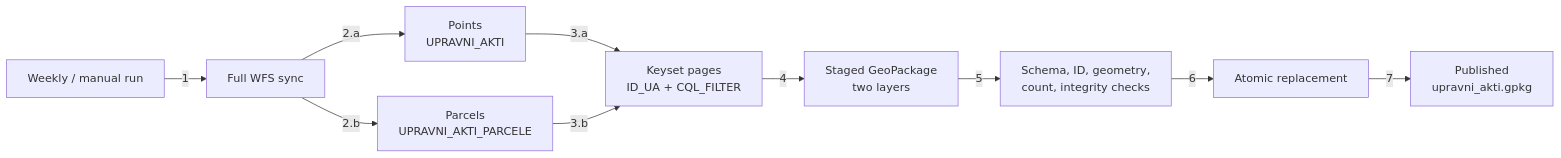
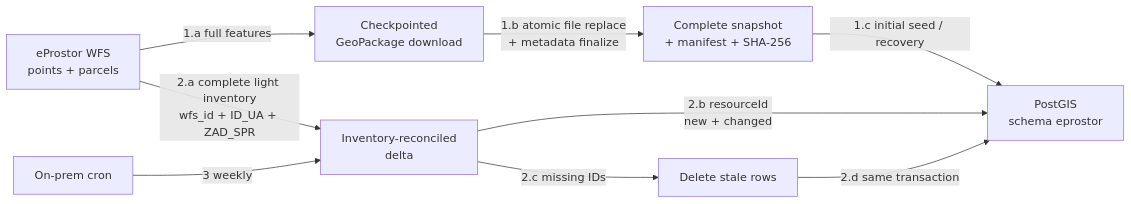
Before and after one commit to MatevzVidovic/on_the_fly: the diagram in JSPIS_WFS/Agents/DevDocs/wfs-sync/general_idea.md, drawn with Mermaid. The commit also changed other lines of this file and 20 other files, not shown here.

````diff
--- a/JSPIS_WFS/Agents/DevDocs/wfs-sync/general_idea.md
+++ b/JSPIS_WFS/Agents/DevDocs/wfs-sync/general_idea.md
@@ -7,12 +7,15 @@
 ```mermaid
 flowchart LR
-    A["Weekly / manual run"] -->|"1"| B["Full WFS sync"]
-    B -->|"2.a"| C["Points<br/>UPRAVNI_AKTI"]
-    B -->|"2.b"| D["Parcels<br/>UPRAVNI_AKTI_PARCELE"]
-    C -->|"3.a"| E["Keyset pages<br/>ID_UA + CQL_FILTER"]
-    D -->|"3.b"| E
-    E -->|"4"| F["Staged GeoPackage<br/>two layers"]
-    F -->|"5"| G["Schema, ID, geometry,<br/>count, integrity checks"]
-    G -->|"6"| H["Atomic replacement"]
-    H -->|"7"| I["Published<br/>upravni_akti.gpkg"]
+    WFS["eProstor WFS<br/>points + parcels"]
+
+    WFS -->|"1.a full features"| CP["Checkpointed<br/>GeoPackage download"]
+    CP -->|"1.b atomic file replace<br/>+ metadata finalize"| GPKG["Complete snapshot<br/>+ manifest + SHA-256"]
+    GPKG -->|"1.c initial seed / recovery"| PG["PostGIS<br/>schema eprostor"]
+
+    WFS -->|"2.a complete light inventory<br/>wfs_id + ID_UA + ZAD_SPR"| DELTA["Inventory-reconciled<br/>delta"]
+    DELTA -->|"2.b resourceId<br/>new + changed"| PG
+    DELTA -->|"2.c missing IDs"| DELETE["Delete stale rows"]
+    DELETE -->|"2.d same transaction"| PG
+
+    CRON["On-prem cron"] -->|"3 weekly"| DELTA
 ```
````
